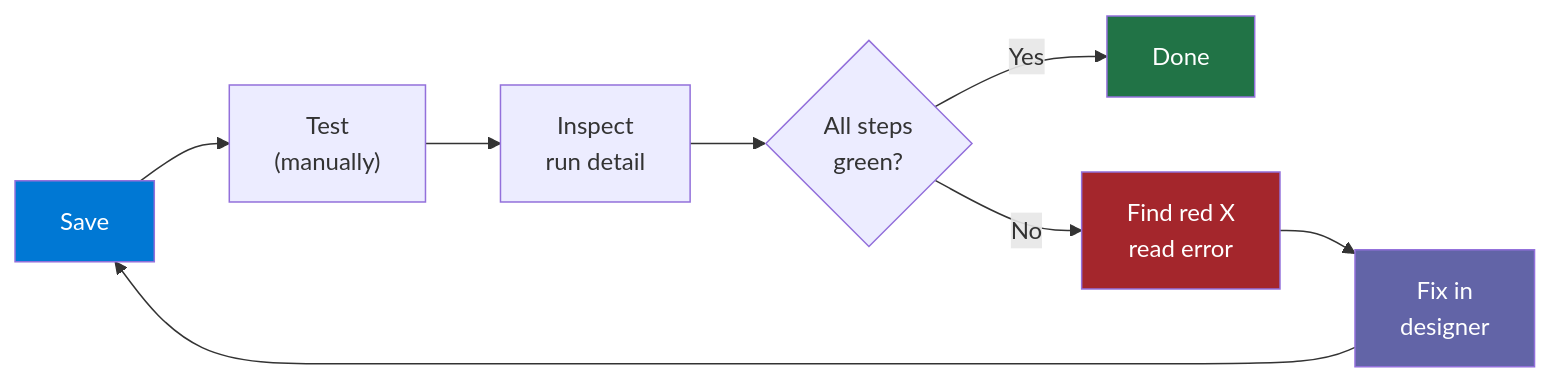
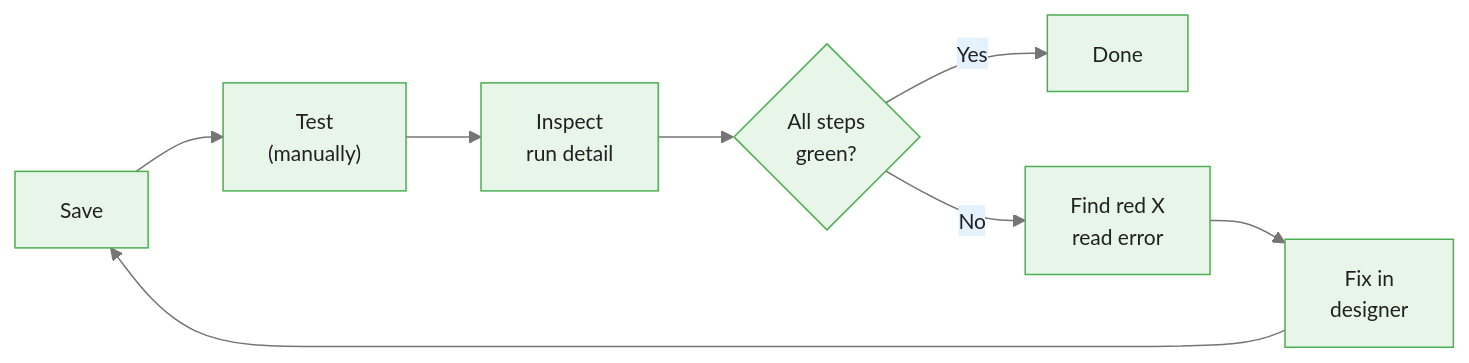
Before and after one commit to m-deane/course-creator: the first of 6 diagrams in courses/power-automate/modules/module_01_first_cloud_flow/guides/02_testing_debugging_slides.md, drawn with Mermaid. The commit also changed other lines of this file and 72 other files, not shown here.

````diff
--- a/courses/power-automate/modules/module_01_first_cloud_flow/guides/02_testing_debugging_slides.md
+++ b/courses/power-automate/modules/module_01_first_cloud_flow/guides/02_testing_debugging_slides.md
@@ -24,14 +26,11 @@
 ```mermaid
+%%{init: {"theme": "base", "themeVariables": {"primaryColor": "#e8f5e9", "primaryBorderColor": "#4caf50", "primaryTextColor": "#212121", "secondaryColor": "#e3f2fd", "tertiaryColor": "#fff8e1", "lineColor": "#757575", "fontFamily": "Inter, sans-serif", "fontSize": "14px"}}}%%
 graph LR
     S["Save"] --> T["Test\n(manually)"]
     T --> I["Inspect\nrun detail"]
     I --> F{"All steps\ngreen?"}
     F -->|Yes| D["Done"]
     F -->|No| X["Find red X\nread error"]
     X --> FX["Fix in\ndesigner"]
     FX --> S
-    style S fill:#0078D4,color:#fff
-    style D fill:#217346,color:#fff
-    style X fill:#A4262C,color:#fff
-    style FX fill:#6264A7,color:#fff
 ```
````
